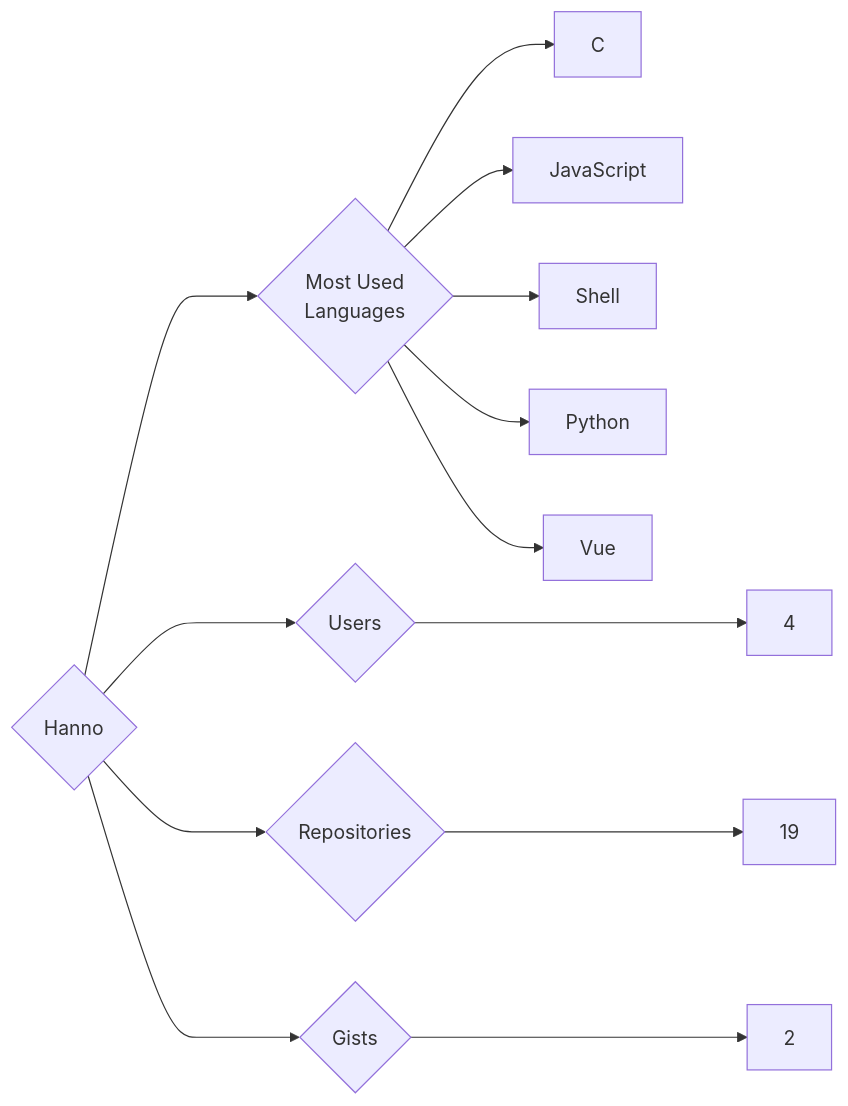
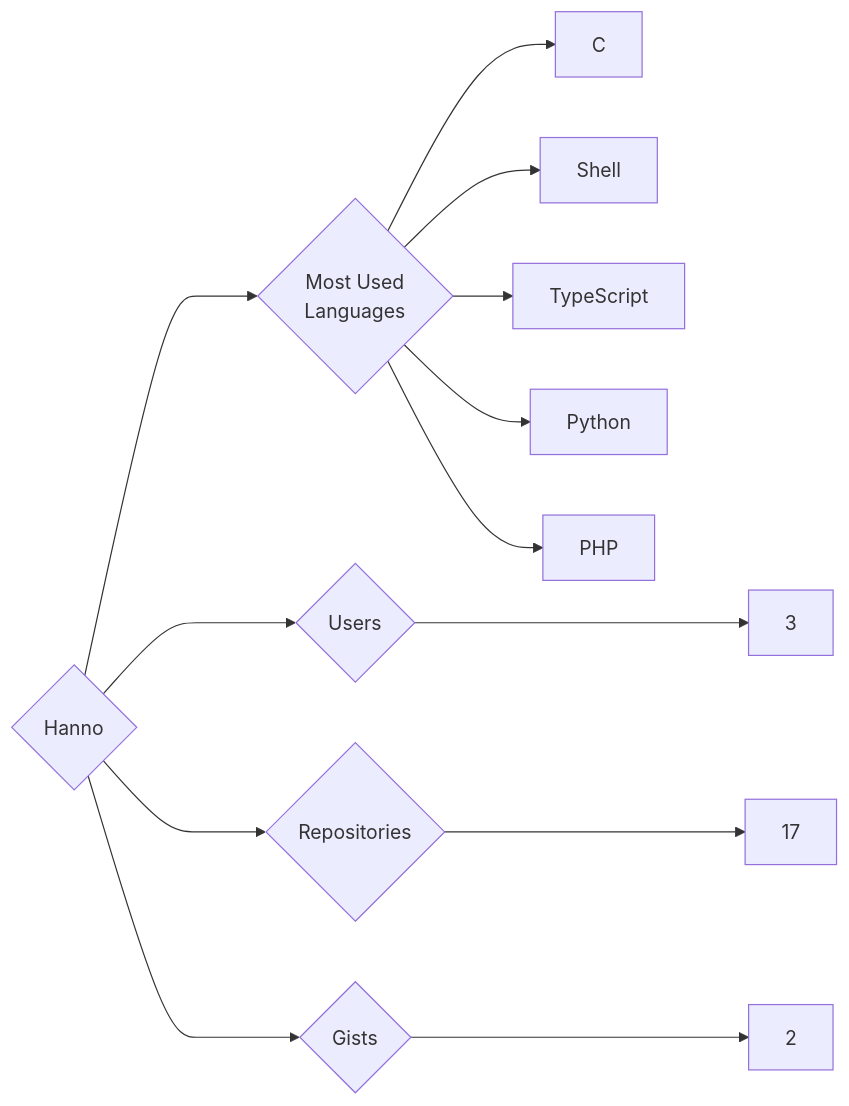
Before and after one commit to trickest/insiders: the diagram in targets/Hanno/README.md, drawn with Mermaid. The commit also changed 916 other files, not shown here.

````diff
--- a/targets/Hanno/README.md
+++ b/targets/Hanno/README.md
@@ -3,13 +3,13 @@
 ```mermaid
 graph LR
 COMPANY_NAME{Hanno}
-COMPANY_NAME ---> U{Users} ---> UN[4]
-COMPANY_NAME ---> R{Repositories} ---> RN[19]
+COMPANY_NAME ---> U{Users} ---> UN[3]
+COMPANY_NAME ---> R{Repositories} ---> RN[17]
 COMPANY_NAME ---> G{Gists} ---> GN[2]
 COMPANY_NAME ---> ML{Most Used<br>Languages}
 ML --> C[C]
-ML --> JavaScript[JavaScript]
 ML --> Shell[Shell]
+ML --> TypeScript[TypeScript]
 ML --> Python[Python]
-ML --> Vue[Vue]
+ML --> PHP[PHP]
 ```
````
